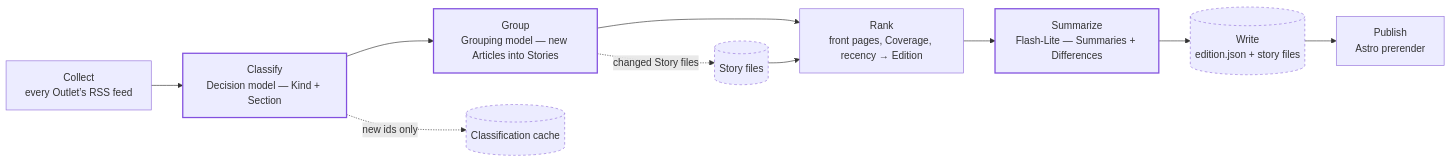
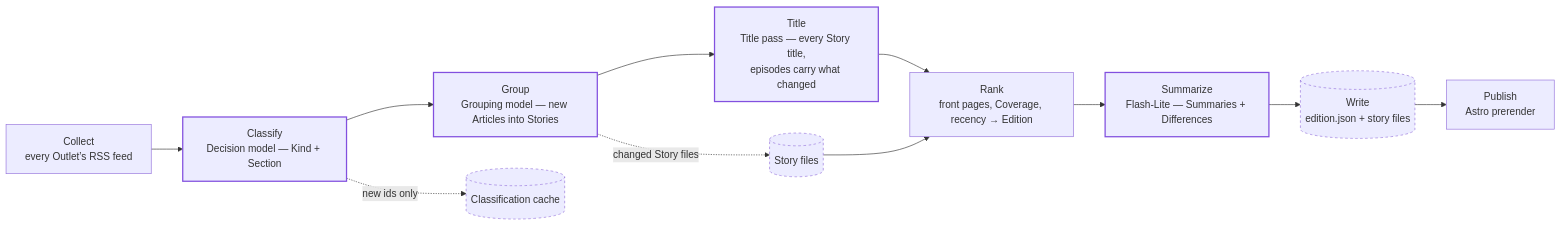
Before and after one commit to adesurirey/prisme: the diagram in README.md, drawn with Mermaid. The commit also changed other lines of this file and 15 other files, not shown here.

````diff
--- a/README.md
+++ b/README.md
@@ -15,14 +15,15 @@
 ```mermaid
 flowchart LR
     classDef store stroke-dasharray:4;
     classDef model stroke:#8250df,stroke-width:2;
     A[Collect<br>every Outlet’s RSS feed] --> B[Classify<br>Decision model — Kind + Section]:::model
     B --> C[Group<br>Grouping model — new Articles into Stories]:::model
-    C --> D[Rank<br>front pages, Coverage, recency → Edition]
+    C --> T[Title<br>Title pass — every Story title,<br>episodes carry what changed]:::model
+    T --> D[Rank<br>front pages, Coverage, recency → Edition]
     D --> E[Summarize<br>Flash-Lite — Summaries + Differences]:::model
     E --> F[(Write<br>edition.json + story files)]:::store
     F --> G[Publish<br>Astro prerender]
     B -. new ids only .-> H[(Classification cache)]:::store
     C -. changed Story files .-> I[(Story files)]:::store
     I --> D
 ```
````
